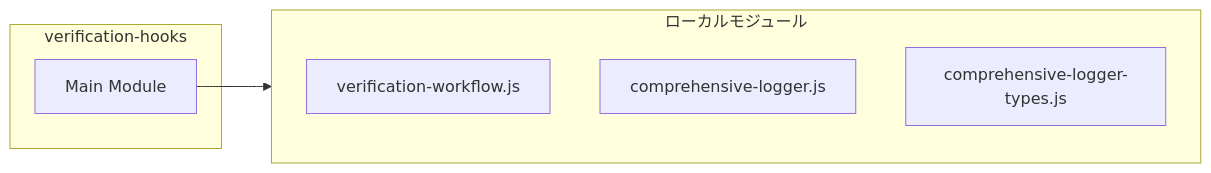
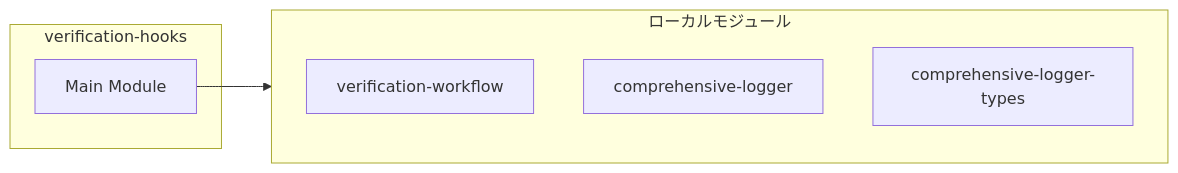
The second of 4 diagrams in ABDD/.pi/extensions/shared/verification-hooks.md (Mekann2904/mekann), drawn with Mermaid before and after one commit. The commit also changed other lines of this file and 174 other files, not shown here.

First line of the commit message:
fix(docs): ABDDのMermaid図生成エラーを修正する

````diff
--- a/ABDD/.pi/extensions/shared/verification-hooks.md
+++ b/ABDD/.pi/extensions/shared/verification-hooks.md
@@ -61,12 +61,12 @@
 ```mermaid
 flowchart LR
   subgraph this[verification-hooks]
     main[Main Module]
   end
   subgraph local[ローカルモジュール]
-    verification_workflow_js["verification-workflow.js"]
-    comprehensive_logger_js["comprehensive-logger.js"]
-    comprehensive_logger_types_js["comprehensive-logger-types.js"]
+    verification_workflow["verification-workflow"]
+    comprehensive_logger["comprehensive-logger"]
+    comprehensive_logger_types["comprehensive-logger-types"]
   end
   main --> local
 ```
````
